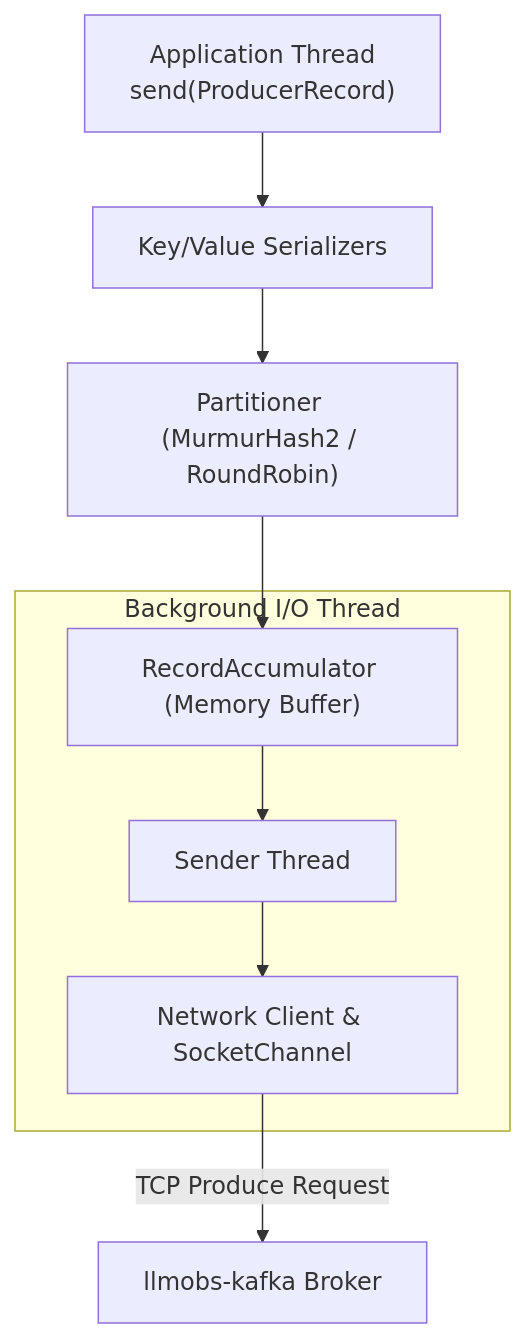
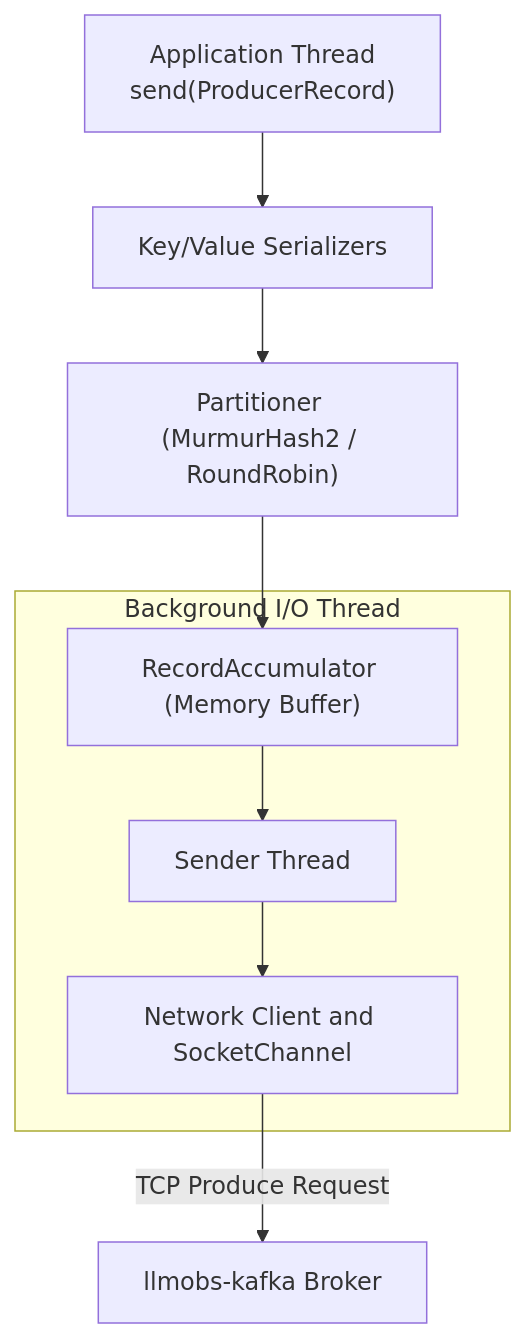
The sixth of 14 diagrams in docs/configDoc/kafka-configuration-guide.md (Chief-Strategist-J/llm-obs-infra), drawn with Mermaid before and after one commit. The commit also changed other lines of this file, not shown here.

Commit message:
fix(docs): resolve Mermaid syntax parse error on Consumer & Producer LLD diagrams in kafka-configuration-guide.md

````diff
--- a/docs/configDoc/kafka-configuration-guide.md
+++ b/docs/configDoc/kafka-configuration-guide.md
@@ -171,13 +171,13 @@
 ```mermaid
 graph TD
     AppThread["Application Thread<br/>send(ProducerRecord)"] --> Serializer["Key/Value Serializers"]
     Serializer --> Partitioner["Partitioner (MurmurHash2 / RoundRobin)"]
     Partitioner --> RecordAccumulator["RecordAccumulator (Memory Buffer)"]
 
     subgraph Background Processing ["Background I/O Thread"]
         RecordAccumulator --> SenderThread["Sender Thread"]
-        SenderThread --> SocketChannel["Network Client & SocketChannel"]
+        SenderThread --> SocketChannel["Network Client and SocketChannel"]
     end
 
     SocketChannel -->|TCP Produce Request| KafkaBroker["llmobs-kafka Broker"]
 ```
````
